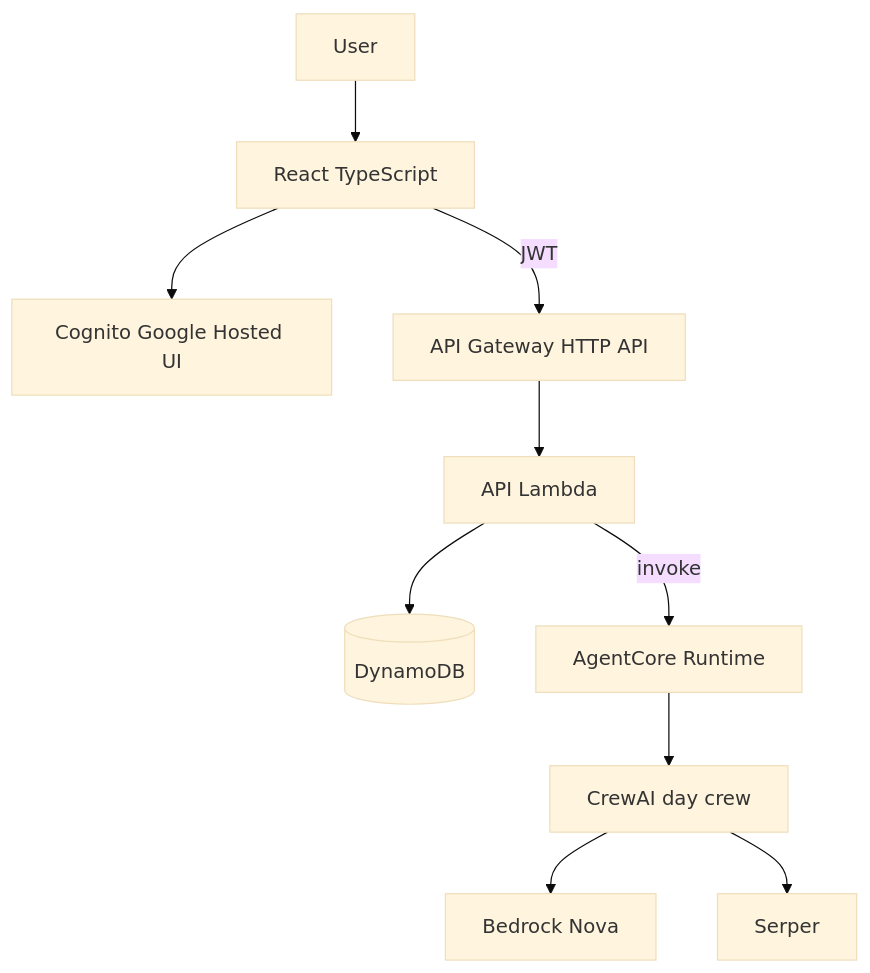
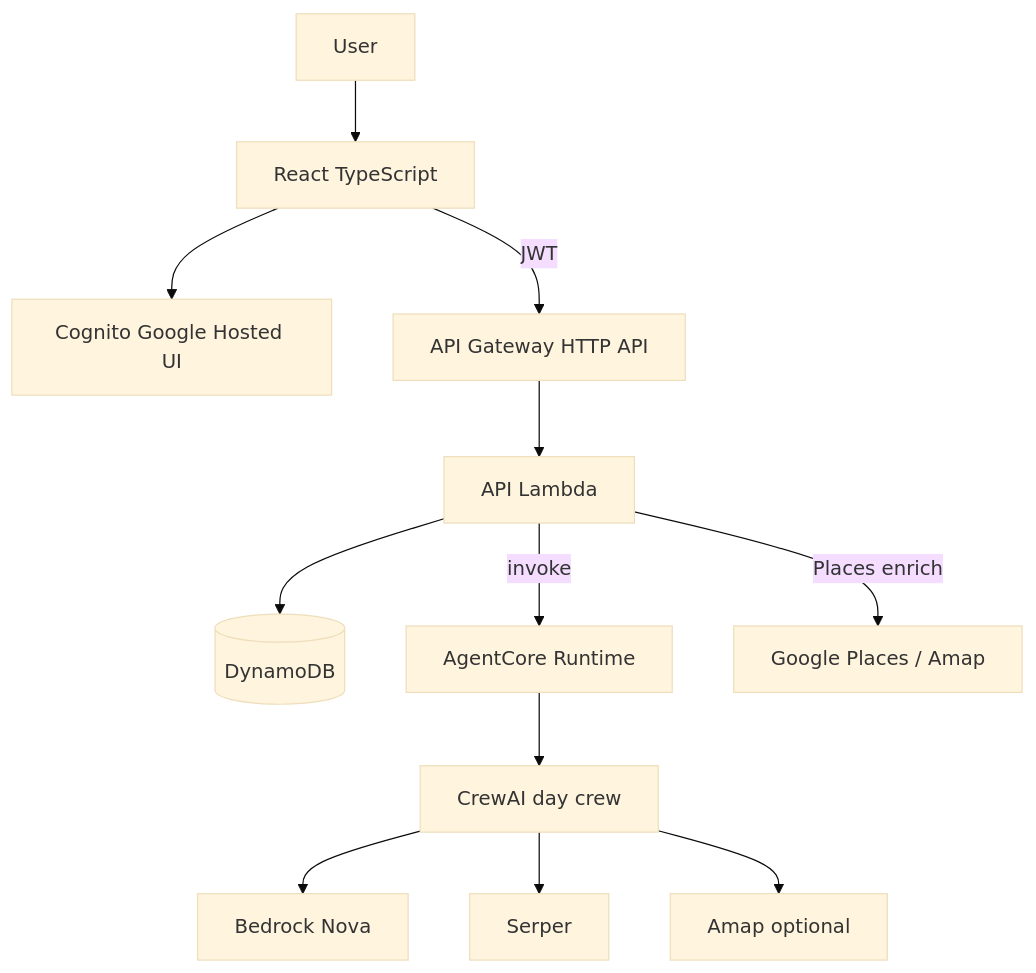
One commit to YukiUmetsu/vacation-planner-crewai changed the first of 2 diagrams in README.md. Above: the diagram before and after it, drawn with Mermaid (base theme). The commit also changed other lines of this file and 104 other files, not shown here.

````diff
--- a/README.md
+++ b/README.md
@@ -81,12 +85,14 @@
 ```mermaid
 flowchart TB
   user[User] --> spa[React TypeScript]
   spa --> cognito[Cognito Google Hosted UI]
   spa -->|"JWT"| apigw[API Gateway HTTP API]
   apigw --> api[API Lambda]
   api --> ddb[(DynamoDB)]
   api -->|"invoke"| runtime[AgentCore Runtime]
   runtime --> crew[CrewAI day crew]
   crew --> bedrock[Bedrock Nova]
   crew --> serper[Serper]
+  crew --> amap[Amap optional]
+  api -->|"Places enrich"| googlePlaces[Google Places / Amap]
 ```
````
